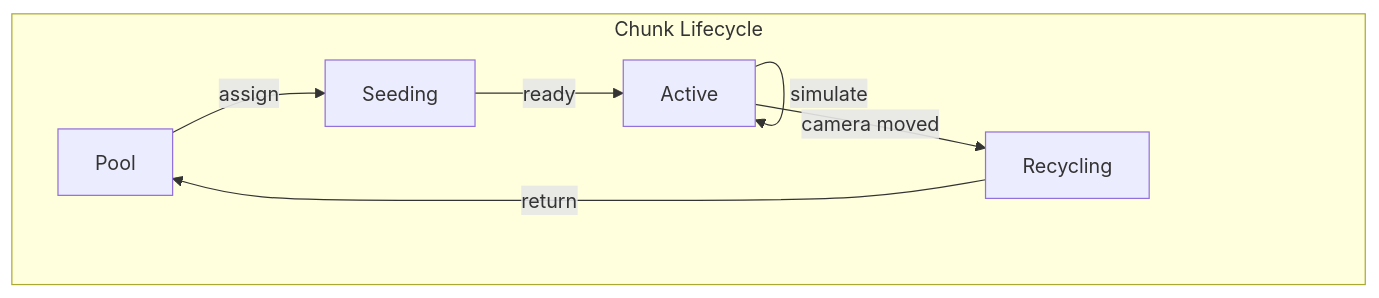
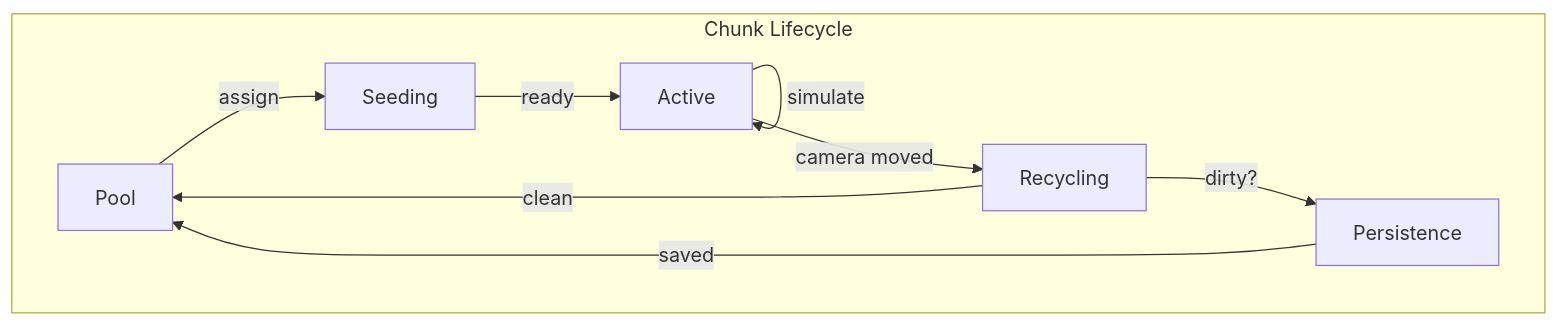
Before and after one commit to api-haus/bevy_pixel_world: the second of 2 diagrams in docs/arhitecture/README.md, drawn with Mermaid. The commit also changed other lines of this file and 22 other files, not shown here.

````diff
--- a/docs/arhitecture/README.md
+++ b/docs/arhitecture/README.md
@@ -61,11 +62,13 @@
 ```mermaid
 flowchart LR
     subgraph Lifecycle["Chunk Lifecycle"]
         direction LR
         A[Pool] -->|" assign "| B[Seeding]
         B -->|" ready "| C[Active]
         C -->|" simulate "| C
         C -->|" camera moved "| D[Recycling]
-        D -->|" return "| A
+        D -->|" dirty? "| E[Persistence]
+        E -->|" saved "| A
+        D -->|" clean "| A
     end
 ```
````
